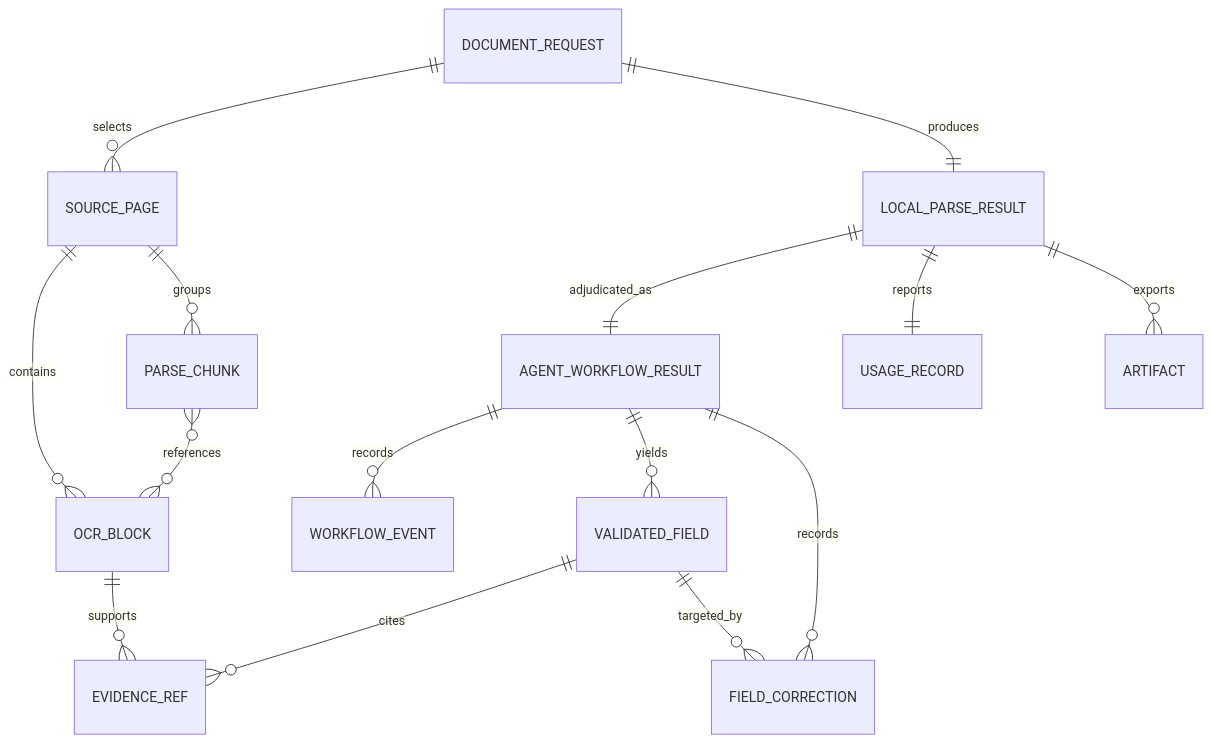
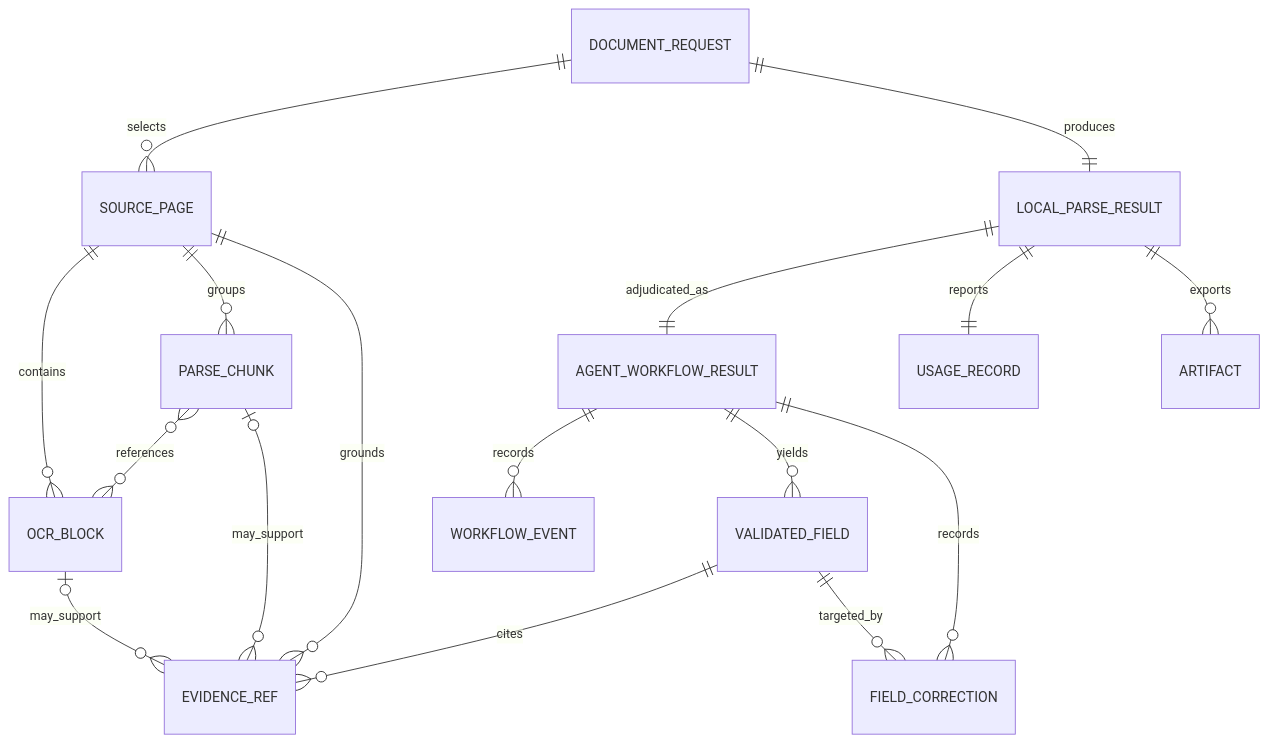
One commit to pypi-ahmad/OpenAI-X-RapidOCR-Agentic-Document_extraction changed the diagram in docs/domain-model.md. Above: the diagram before and after it, drawn with Mermaid. The commit also changed other lines of this file and 2 other files, not shown here.

````diff
--- a/docs/domain-model.md
+++ b/docs/domain-model.md
@@ -6,17 +6,19 @@
 ```mermaid
 erDiagram
     DOCUMENT_REQUEST ||--o{ SOURCE_PAGE : selects
     SOURCE_PAGE ||--o{ OCR_BLOCK : contains
     SOURCE_PAGE ||--o{ PARSE_CHUNK : groups
     PARSE_CHUNK }o--o{ OCR_BLOCK : references
-    OCR_BLOCK ||--o{ EVIDENCE_REF : supports
+    SOURCE_PAGE ||--o{ EVIDENCE_REF : grounds
+    OCR_BLOCK |o--o{ EVIDENCE_REF : may_support
+    PARSE_CHUNK |o--o{ EVIDENCE_REF : may_support
     DOCUMENT_REQUEST ||--|| LOCAL_PARSE_RESULT : produces
     LOCAL_PARSE_RESULT ||--|| AGENT_WORKFLOW_RESULT : adjudicated_as
     AGENT_WORKFLOW_RESULT ||--o{ WORKFLOW_EVENT : records
     AGENT_WORKFLOW_RESULT ||--o{ VALIDATED_FIELD : yields
     VALIDATED_FIELD ||--o{ EVIDENCE_REF : cites
     AGENT_WORKFLOW_RESULT ||--o{ FIELD_CORRECTION : records
     VALIDATED_FIELD ||--o{ FIELD_CORRECTION : targeted_by
     LOCAL_PARSE_RESULT ||--|| USAGE_RECORD : reports
     LOCAL_PARSE_RESULT ||--o{ ARTIFACT : exports
 ```
````
